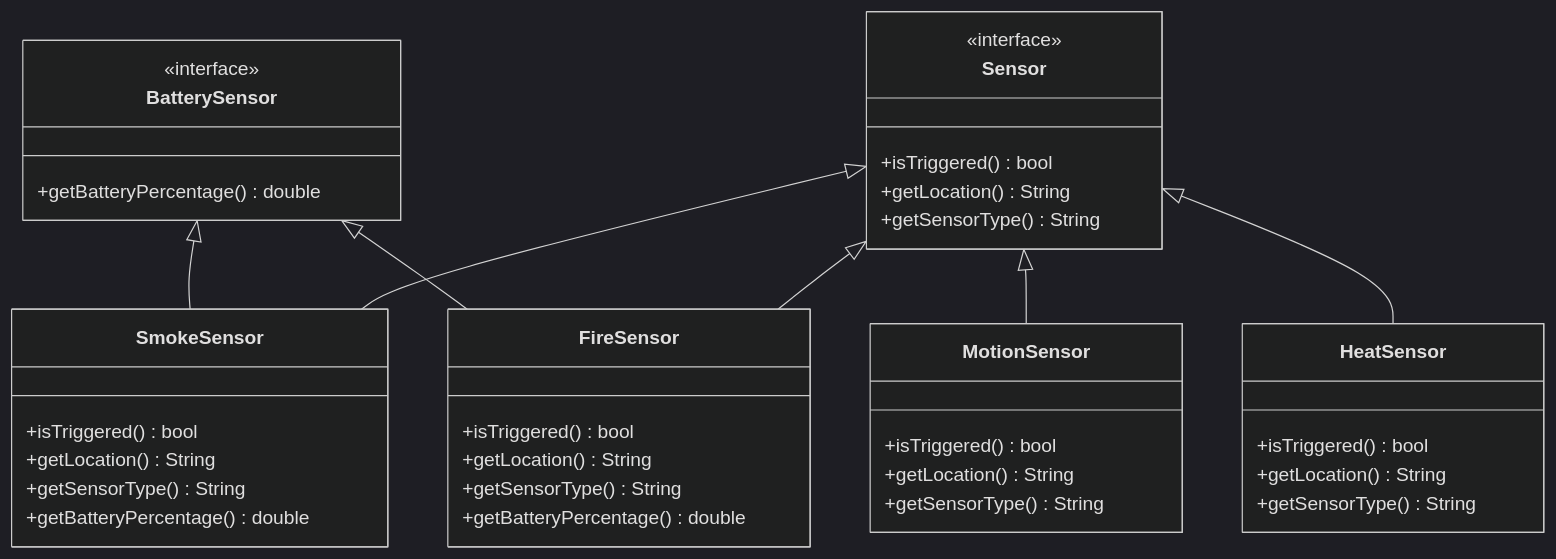
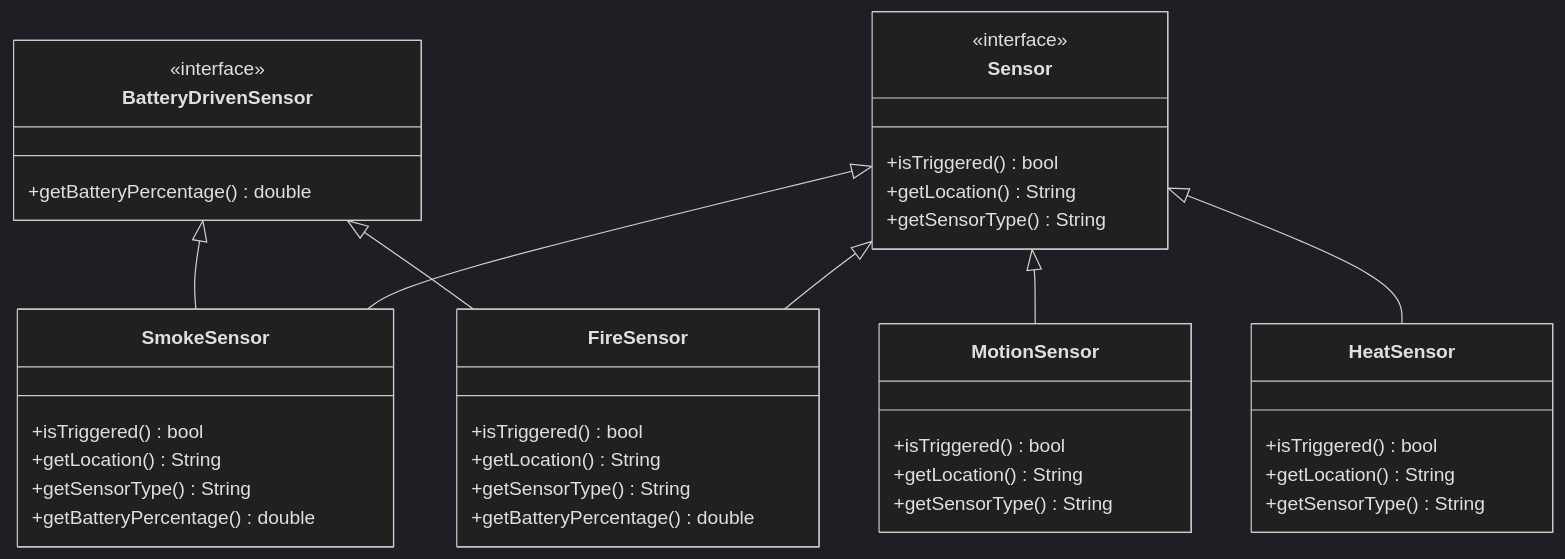
Before and after one commit to nerdschoolbergen/solid: the second of 2 diagrams in exercise-4/README.md, drawn with Mermaid (dark theme). The commit also changed other lines of this file and 9 other files, not shown here.

````diff
--- a/exercise-4/README.md
+++ b/exercise-4/README.md
@@ -38,47 +38,47 @@
 ```mermaid
 classDiagram
-    BatterySensor <|-- SmokeSensor
-    BatterySensor <|-- FireSensor
+    BatteryDrivenSensor <|-- SmokeSensor
+    BatteryDrivenSensor <|-- FireSensor
 
     Sensor <|-- SmokeSensor
     Sensor <|-- FireSensor
     
     Sensor <|-- MotionSensor
     Sensor <|-- HeatSensor
 
-    class BatterySensor
-    <<interface>> BatterySensor
-    BatterySensor: +getBatteryPercentage() double
+    class BatteryDrivenSensor
+    <<interface>> BatteryDrivenSensor
+    BatteryDrivenSensor: +getBatteryPercentage() double
 
     class Sensor
     <<interface>> Sensor
     Sensor: +isTriggered() bool
     Sensor: +getLocation() String
     Sensor: +getSensorType() String
     
     class SmokeSensor{
       +isTriggered() bool
       +getLocation() String
       +getSensorType() String
       +getBatteryPercentage() double
     }
     
     class FireSensor{
       +isTriggered() bool
       +getLocation() String
       +getSensorType() String
       +getBatteryPercentage() double
     }   
 
     class MotionSensor{
       +isTriggered() bool
       +getLocation() String
       +getSensorType() String
     }
     
     class HeatSensor{
       +isTriggered() bool
       +getLocation() String
       +getSensorType() String
     }    
 ```
````
